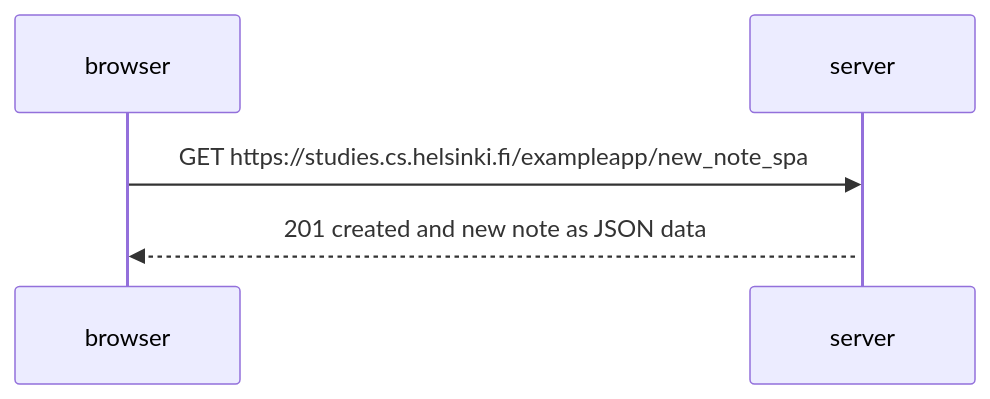
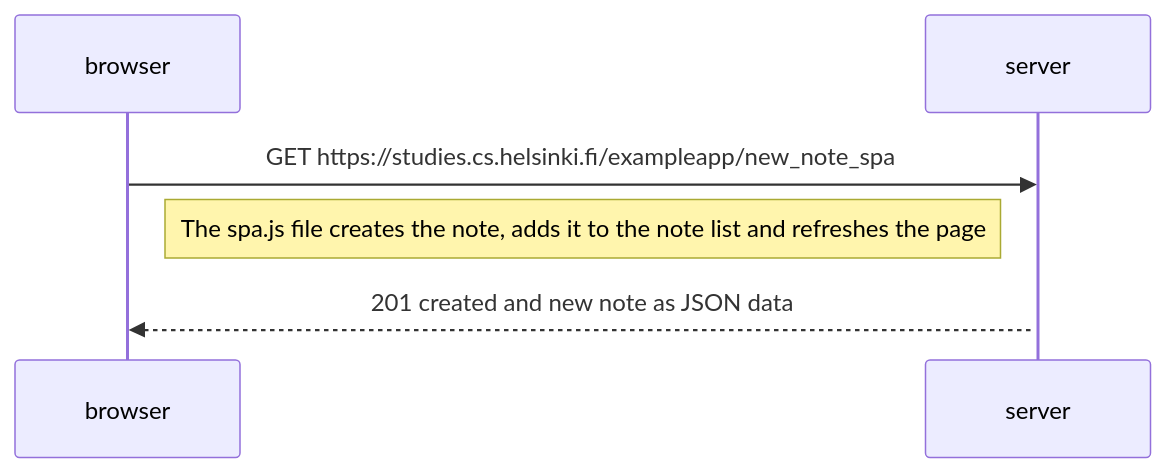
The diagram in part0/0.6.md (arvidkullhammar/Fullstack-Open), drawn with Mermaid before and after one commit.

````diff
--- a/part0/0.6.md
+++ b/part0/0.6.md
@@ -1,10 +1,12 @@
 ```mermaid
 sequenceDiagram
     participant browser
     participant server
 
     browser->>server: GET https://studies.cs.helsinki.fi/exampleapp/new_note_spa
     activate server
 
+ Note right of browser: The spa.js file creates the note, adds it to the note list and refreshes the page
+
     server-->>browser: 201 created and new note as JSON data
 ```
````
